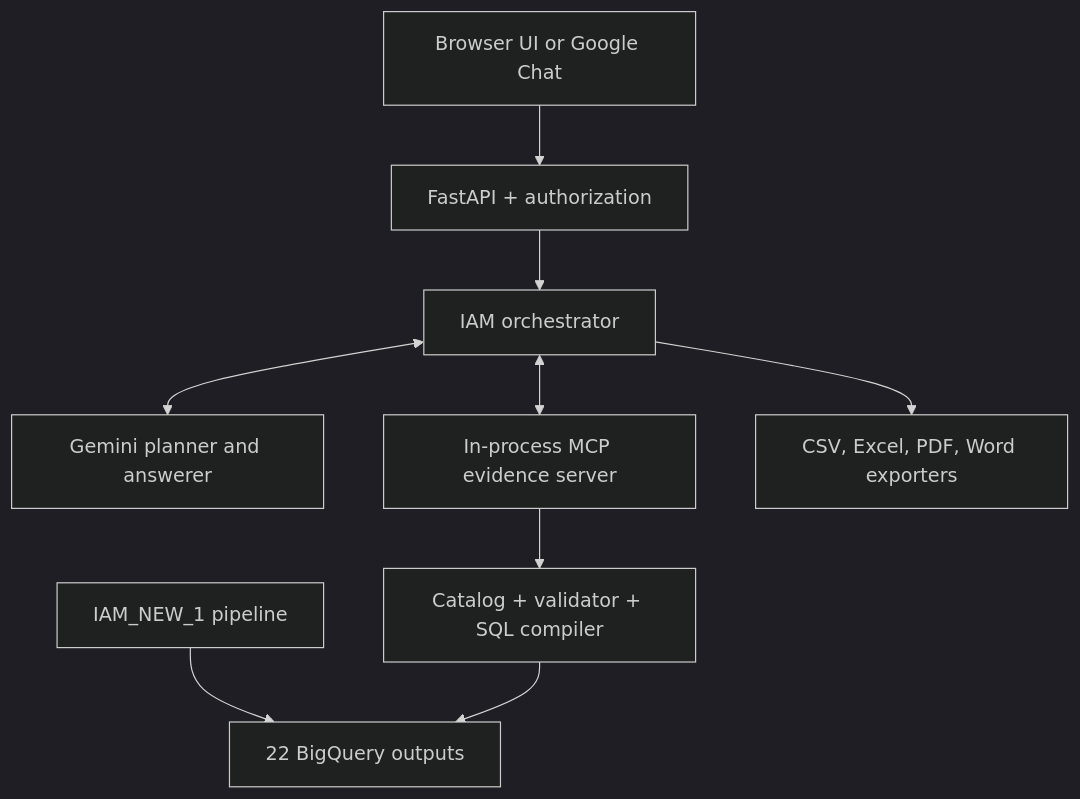
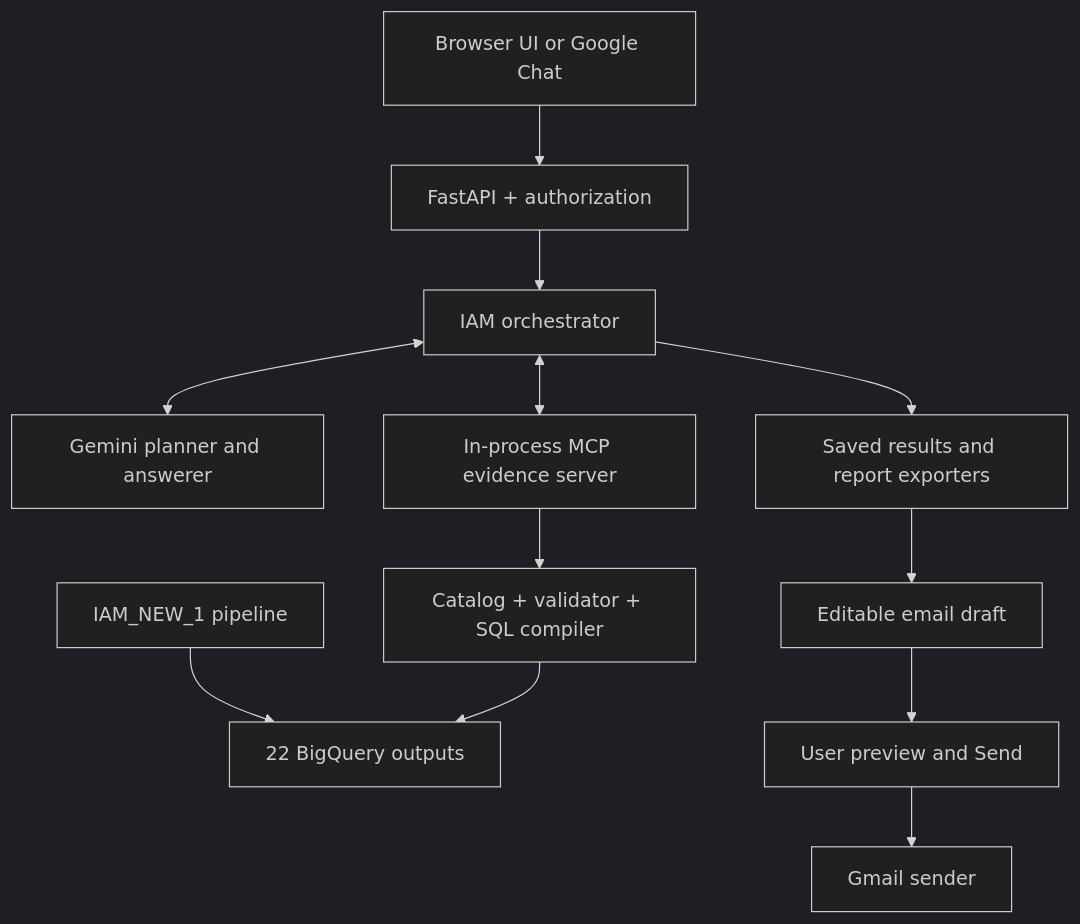
The diagram in README.md (sasidharmeka/iam-test), drawn with Mermaid (dark theme) before and after one commit. The commit also changed other lines of this file and 4 other files, not shown here.

````diff
--- a/README.md
+++ b/README.md
@@ -38,11 +42,14 @@
 ```mermaid
 flowchart TD
     P["IAM_NEW_1 pipeline"] --> B["22 BigQuery outputs"]
     U["Browser UI or Google Chat"] --> F["FastAPI + authorization"]
     F --> O["IAM orchestrator"]
     O <--> G["Gemini planner and answerer"]
     O <--> M["In-process MCP evidence server"]
     M --> C["Catalog + validator + SQL compiler"]
     C --> B
-    O --> R["CSV, Excel, PDF, Word exporters"]
+    O --> R["Saved results and report exporters"]
+    R --> E["Editable email draft"]
+    E --> V["User preview and Send"]
+    V --> S["Gmail sender"]
 ```
````
